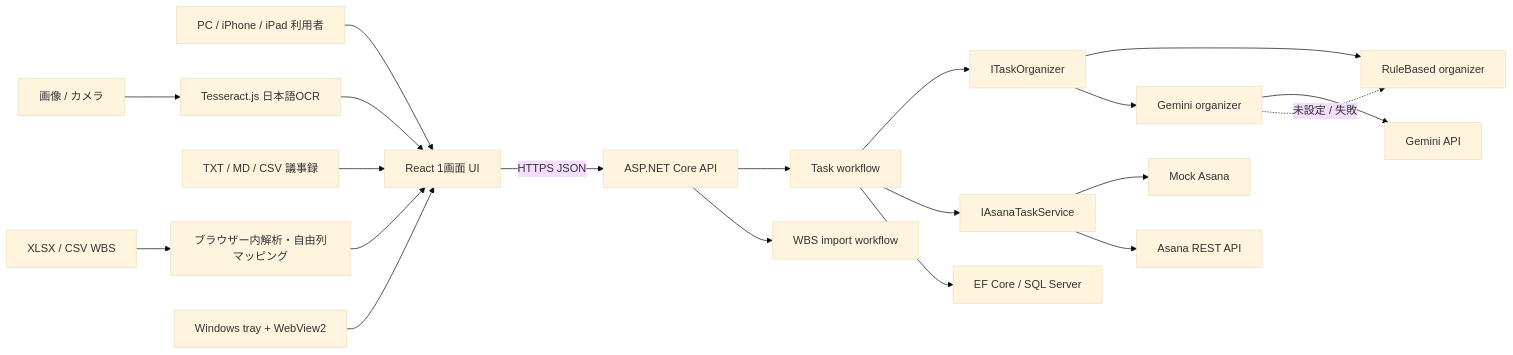
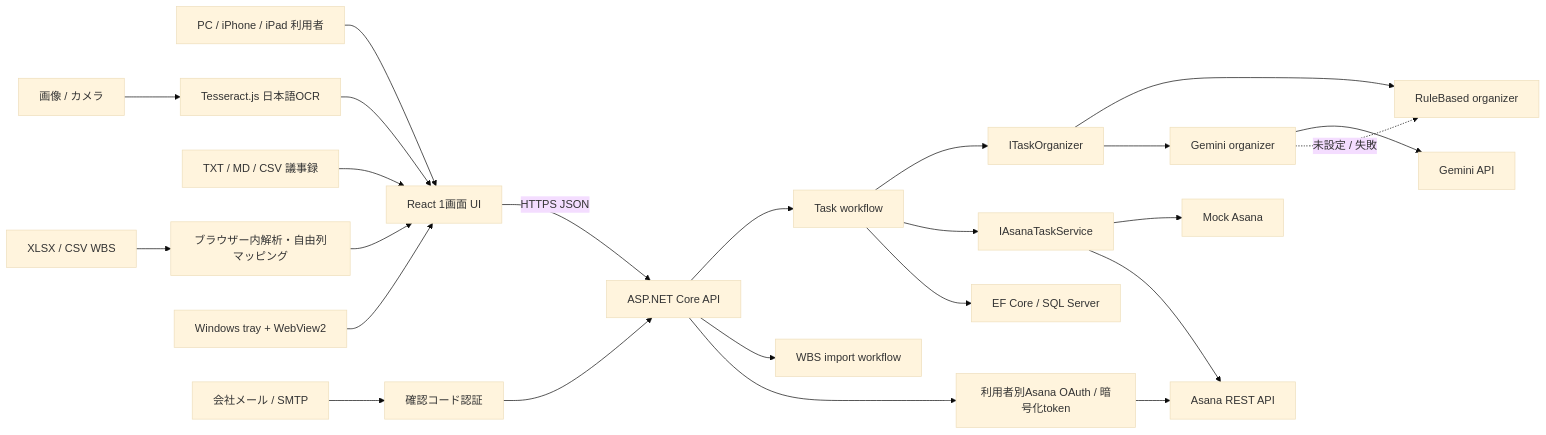
The first of 4 diagrams in ARCHITECTURE.md (onishichimaki/Asana_App), drawn with Mermaid (base theme) before and after one commit. The commit also changed other lines of this file and 80 other files, not shown here.

````diff
--- a/ARCHITECTURE.md
+++ b/ARCHITECTURE.md
@@ -7,20 +7,24 @@
 ```mermaid
 flowchart LR
     User["PC / iPhone / iPad 利用者"] --> Web["React 1画面 UI"]
     Image["画像 / カメラ"] --> Ocr["Tesseract.js 日本語OCR"] --> Web
     Minutes["TXT / MD / CSV 議事録"] --> Web
     Wbs["XLSX / CSV WBS"] --> Parse["ブラウザー内解析・自由列マッピング"] --> Web
     Tray["Windows tray + WebView2"] --> Web
     Web -->|HTTPS JSON| Api["ASP.NET Core API"]
+    Email["会社メール / SMTP"] --> Auth["確認コード認証"]
+    Auth --> Api
     Api --> Workflow["Task workflow"]
     Api --> WbsWorkflow["WBS import workflow"]
     Workflow --> Organizer["ITaskOrganizer"]
     Workflow --> Asana["IAsanaTaskService"]
     Workflow --> Db["EF Core / SQL Server"]
     Organizer --> Rule["RuleBased organizer"]
     Organizer --> Gemini["Gemini organizer"]
     Gemini --> GeminiApi["Gemini API"]
     Gemini -. "未設定 / 失敗" .-> Rule
     Asana --> Mock["Mock Asana"]
     Asana --> Real["Asana REST API"]
+    Api --> OAuth["利用者別Asana OAuth / 暗号化token"]
+    OAuth --> Real
 ```
````
